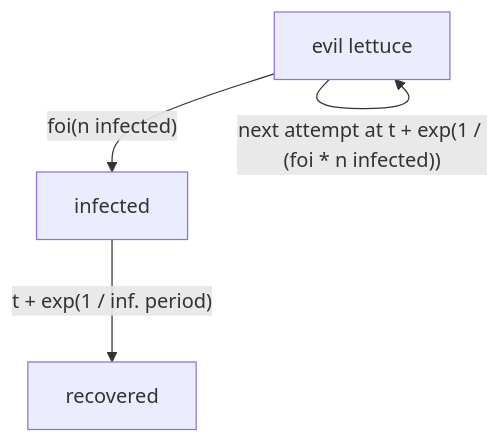
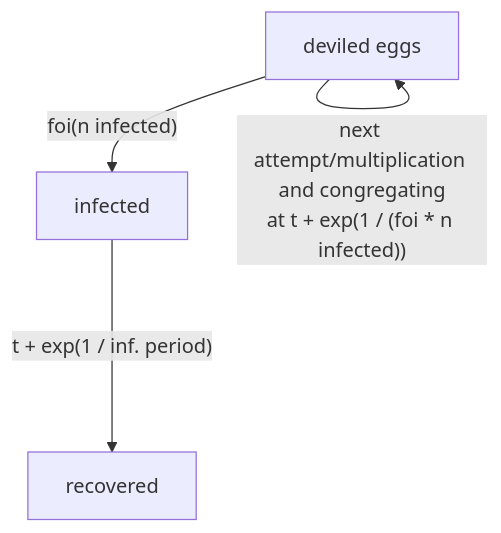
The first of 4 diagrams in examples/infection-by-group/README.md (CDCgov/ixa), drawn with Mermaid before and after one commit. The commit also changed other lines of this file, not shown here.

Commit message:
improve mermaid diagrams

````diff
--- a/examples/infection-by-group/README.md
+++ b/examples/infection-by-group/README.md
@@ -13,6 +13,6 @@
 ```mermaid
 flowchart TD
-A[evil lettuce]--foi(n infected)-->infected;
-A[evil lettuce]--next attempt at t + exp(1 / (foi * n infected))-->A[evil lettuce]
+A[deviled eggs]--foi(n infected)-->infected;
+A[deviled eggs]--next attempt/multiplication and congregating\nat t + exp(1 / (foi * n infected))-->A[deviled eggs]
 infected--t + exp(1 / inf. period)-->recovered;
 ```
````
